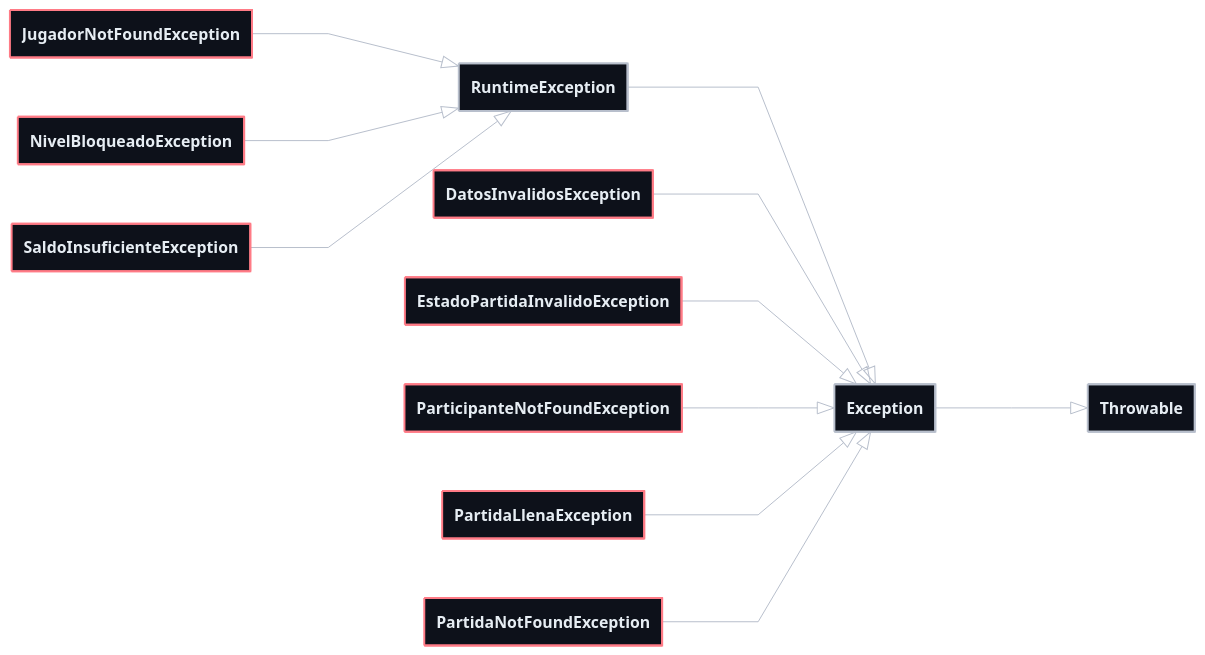
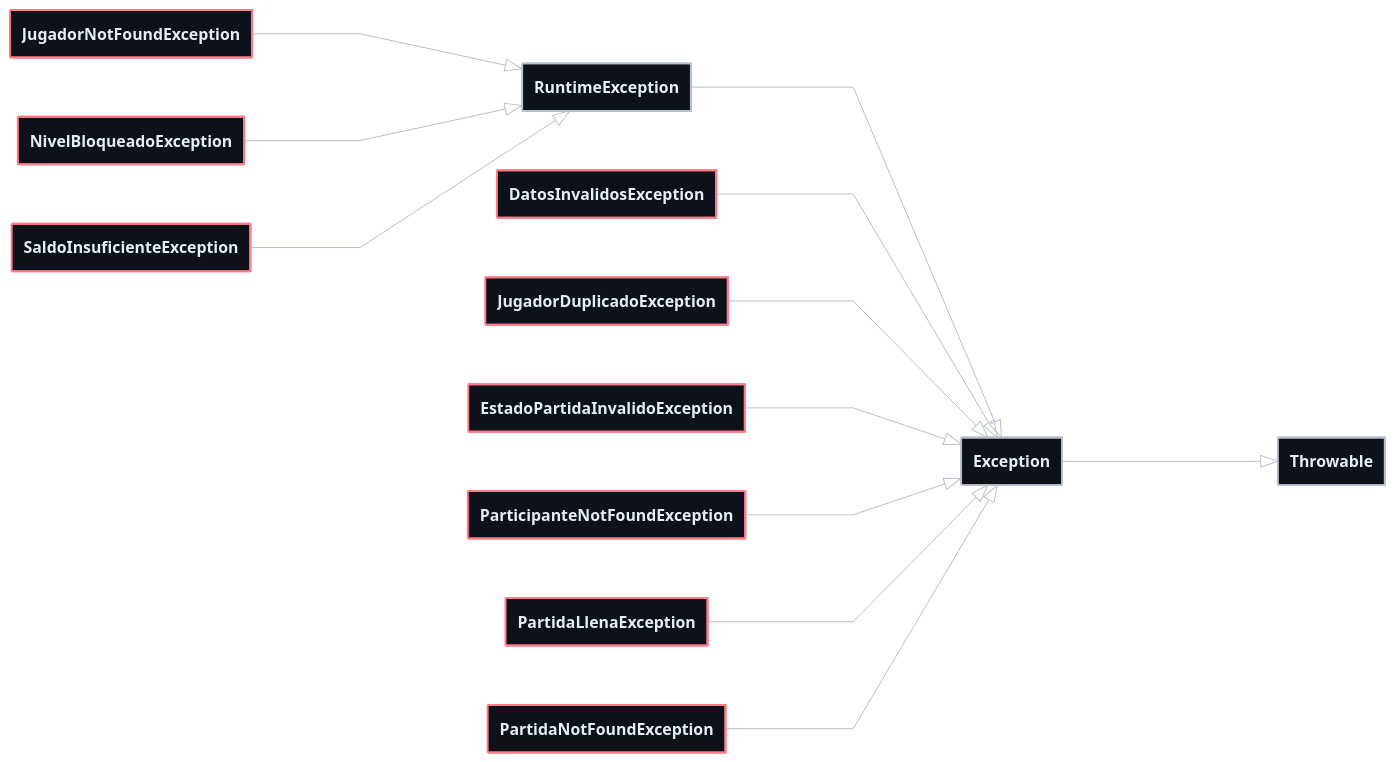
Diagram 11 of 11 in docs/DIAGRAMAS_CLASES.md (PolMC100/DSA-Proyecto), drawn with Mermaid before and after one commit. The commit also changed other lines of this file, not shown here.

Commit message:
Update diagramas

````diff
--- a/docs/DIAGRAMAS_CLASES.md
+++ b/docs/DIAGRAMAS_CLASES.md
@@ -661,50 +756,54 @@
 ```mermaid
-%%{init: {"theme":"base","themeVariables":{"darkMode":true,"background":"#1b1b1f","primaryColor":"#0d111a","primaryTextColor":"#e6edf3","primaryBorderColor":"#d779ed","secondaryColor":"#0d111a","secondaryTextColor":"#e6edf3","tertiaryColor":"#0d111a","tertiaryTextColor":"#e6edf3","textColor":"#e6edf3","classText":"#e6edf3","lineColor":"#b8bfcc","edgeLabelBackground":"#1b1b1f","noteBkgColor":"#fff7be","noteBorderColor":"#f3c600","noteTextColor":"#26210a"},"themeCSS":"background-color: #1b1b1f; .noteText, .noteText tspan, .node[id^=\"note\"] .nodeLabel, .node[id^=\"note\"] .nodeLabel p { color: #26210a !important; fill: #26210a !important; }","layout":"dagre","class":{"nodeSpacing":60,"rankSpacing":154,"diagramPadding":24,"hideEmptyMembersBox":true},"flowchart":{"nodeSpacing":60,"rankSpacing":154,"curve":"linear"}}}%%
+%%{init: {"theme":"base","themeVariables":{"darkMode":true,"background":"#1b1b1f","primaryColor":"#0d111a","primaryTextColor":"#e6edf3","primaryBorderColor":"#d779ed","secondaryColor":"#0d111a","secondaryTextColor":"#e6edf3","tertiaryColor":"#0d111a","tertiaryTextColor":"#e6edf3","textColor":"#e6edf3","classText":"#e6edf3","lineColor":"#b8bfcc","edgeLabelBackground":"#1b1b1f","noteBkgColor":"#fff7be","noteBorderColor":"#f3c600","noteTextColor":"#26210a"},"themeCSS":"background-color: #1b1b1f; .noteText, .noteText tspan, .node[id^=\"note\"] .nodeLabel, .node[id^=\"note\"] .nodeLabel p { color: #26210a !important; fill: #26210a !important; }","layout":"dagre","class":{"nodeSpacing":60,"rankSpacing":218,"diagramPadding":24,"hideEmptyMembersBox":true},"flowchart":{"nodeSpacing":60,"rankSpacing":218,"curve":"linear"}}}%%
 classDiagram
     direction LR
 
     class Throwable
 
     class Exception
 
     class RuntimeException
 
     class DatosInvalidosException
+
+    class JugadorDuplicadoException
 
     class EstadoPartidaInvalidoException
 
     class ParticipanteNotFoundException
 
     class PartidaLlenaException
 
     class PartidaNotFoundException
 
     class JugadorNotFoundException
 
     class NivelBloqueadoException
 
     class SaldoInsuficienteException
 
     Exception --|> Throwable
     RuntimeException --|> Exception
     DatosInvalidosException --|> Exception
+    JugadorDuplicadoException --|> Exception
     EstadoPartidaInvalidoException --|> Exception
     ParticipanteNotFoundException --|> Exception
     PartidaLlenaException --|> Exception
     PartidaNotFoundException --|> Exception
     JugadorNotFoundException --|> RuntimeException
     NivelBloqueadoException --|> RuntimeException
     SaldoInsuficienteException --|> RuntimeException
 
     style Throwable fill:#0d111a,stroke:#b8bfcc,stroke-width:2px,color:#e6edf3
     style Exception fill:#0d111a,stroke:#b8bfcc,stroke-width:2px,color:#e6edf3
     style RuntimeException fill:#0d111a,stroke:#b8bfcc,stroke-width:2px,color:#e6edf3
     style DatosInvalidosException fill:#0d111a,stroke:#ff7b86,stroke-width:2px,color:#e6edf3
+    style JugadorDuplicadoException fill:#0d111a,stroke:#ff7b86,stroke-width:2px,color:#e6edf3
     style EstadoPartidaInvalidoException fill:#0d111a,stroke:#ff7b86,stroke-width:2px,color:#e6edf3
     style ParticipanteNotFoundException fill:#0d111a,stroke:#ff7b86,stroke-width:2px,color:#e6edf3
     style PartidaLlenaException fill:#0d111a,stroke:#ff7b86,stroke-width:2px,color:#e6edf3
     style PartidaNotFoundException fill:#0d111a,stroke:#ff7b86,stroke-width:2px,color:#e6edf3
     style JugadorNotFoundException fill:#0d111a,stroke:#ff7b86,stroke-width:2px,color:#e6edf3
     style NivelBloqueadoException fill:#0d111a,stroke:#ff7b86,stroke-width:2px,color:#e6edf3
     style SaldoInsuficienteException fill:#0d111a,stroke:#ff7b86,stroke-width:2px,color:#e6edf3
 ```
````
